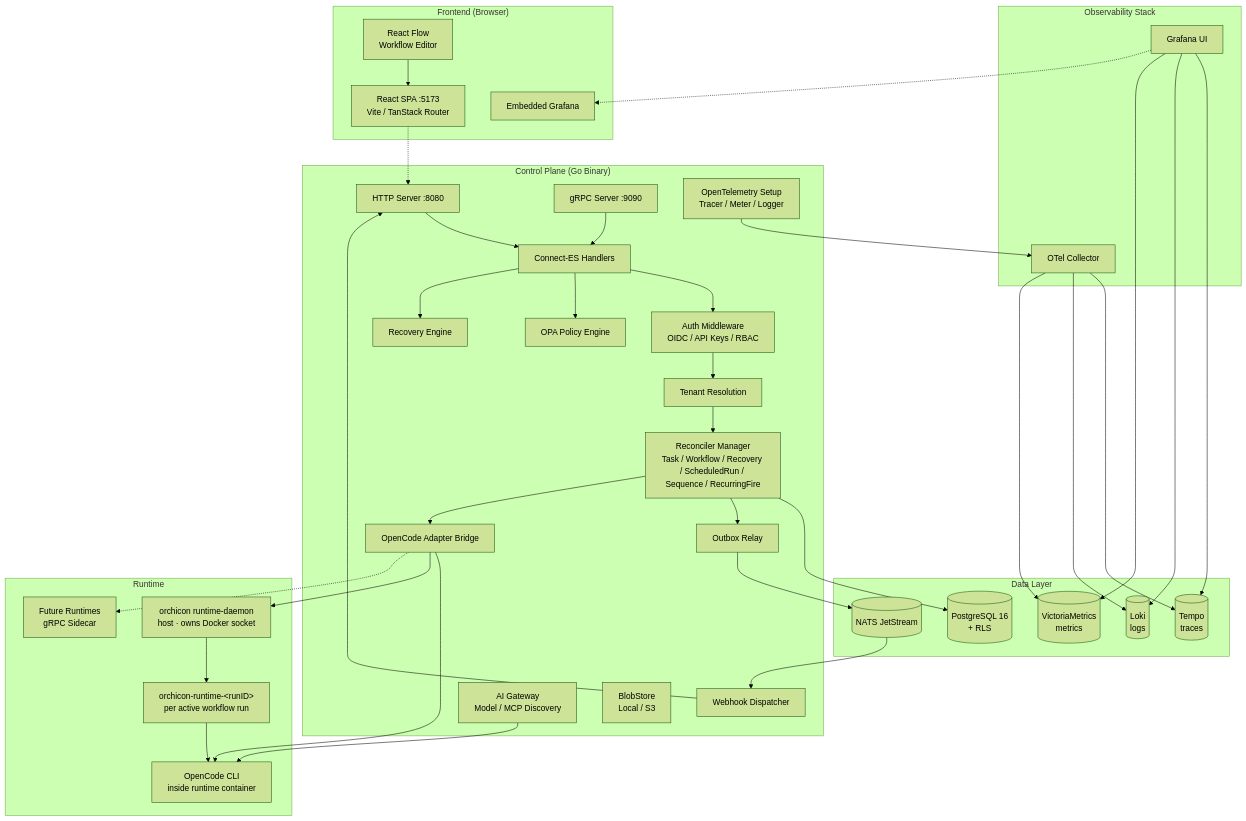
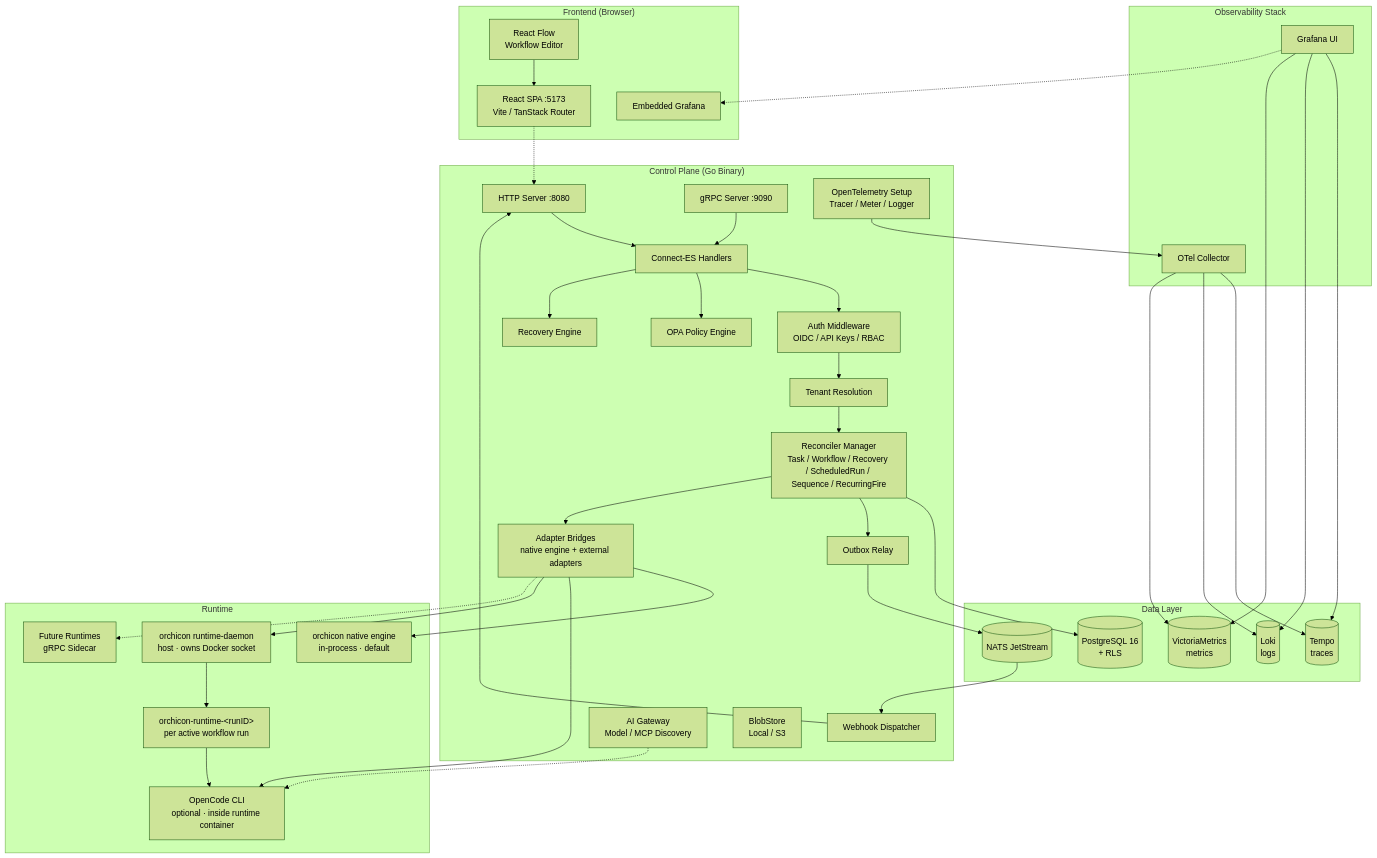
Before and after one commit to beardedparrott/Orchicon: the first of 3 diagrams in DOCUMENTATION.md, drawn with Mermaid (forest theme). The commit also changed other lines of this file and 7 other files, not shown here.

````diff
--- a/DOCUMENTATION.md
+++ b/DOCUMENTATION.md
@@ -98,75 +98,77 @@
 ```mermaid
 graph TB
     subgraph "Control Plane (Go Binary)"
         HTTP[HTTP Server :8080]
         GRPC[gRPC Server :9090]
         Connect[Connect-ES Handlers]
         Auth[Auth Middleware<br/>OIDC / API Keys / RBAC]
         Tenant[Tenant Resolution]
         Reconcilers[Reconciler Manager<br/>Task / Workflow / Recovery / ScheduledRun / Sequence / RecurringFire]
         OutboxRelay[Outbox Relay]
         WebhookDispatch[Webhook Dispatcher]
         Policy[OPA Policy Engine]
         RecoveryEngine[Recovery Engine]
-        AdapterBridge[OpenCode Adapter Bridge]
+        AdapterBridge[Adapter Bridges<br/>native engine + external adapters]
         AIGateway[AI Gateway<br/>Model / MCP Discovery]
         Telemetry[OpenTelemetry Setup<br/>Tracer / Meter / Logger]
         BlobStore[BlobStore<br/>Local / S3]
     end
 
     subgraph "Data Layer"
         PG[(PostgreSQL 16<br/>+ RLS)]
         NATS[(NATS JetStream)]
         Tempo[(Tempo<br/>traces)]
         Loki[(Loki<br/>logs)]
         VM[(VictoriaMetrics<br/>metrics)]
     end
 
     subgraph "Observability Stack"
         OTel[OTel Collector]
         Grafana[Grafana UI]
     end
 
     subgraph "Runtime"
         RuntimeDaemon[orchicon runtime-daemon<br/>host · owns Docker socket]
         RuntimeContainer[orchicon-runtime-&lt;runID&gt;<br/>per active workflow run]
-        OpenCode[OpenCode CLI<br/>inside runtime container]
+        NativeEngine[orchicon native engine<br/>in-process · default]
+        OpenCode[OpenCode CLI<br/>optional · inside runtime container]
         FutureRuntime[Future Runtimes<br/>gRPC Sidecar]
     end
 
     subgraph "Frontend (Browser)"
         SPA[React SPA :5173<br/>Vite / TanStack Router]
         ReactFlow[React Flow<br/>Workflow Editor]
         GrafanaIFrame[Embedded Grafana]
     end
 
     HTTP --> Connect
     GRPC --> Connect
     Connect --> Auth
     Auth --> Tenant
     Tenant --> Reconcilers
     Reconcilers --> PG
     Reconcilers --> OutboxRelay
     Reconcilers --> AdapterBridge
+    AdapterBridge --> NativeEngine
+    AdapterBridge --> OpenCode
     OutboxRelay --> NATS
     NATS --> WebhookDispatch
     WebhookDispatch --> HTTP
-    AdapterBridge --> OpenCode
     AdapterBridge --> RuntimeDaemon
     RuntimeDaemon --> RuntimeContainer
     RuntimeContainer --> OpenCode
     AdapterBridge -.-> FutureRuntime
-    AIGateway --> OpenCode
+    AIGateway -.-> OpenCode
     Connect --> Policy
     Connect --> RecoveryEngine
     Telemetry --> OTel
     OTel --> Tempo
     OTel --> Loki
     OTel --> VM
     Grafana --> Tempo
     Grafana --> Loki
     Grafana --> VM
     Grafana -.-> GrafanaIFrame
     SPA -.-> HTTP
     ReactFlow --> SPA
 ```
````
